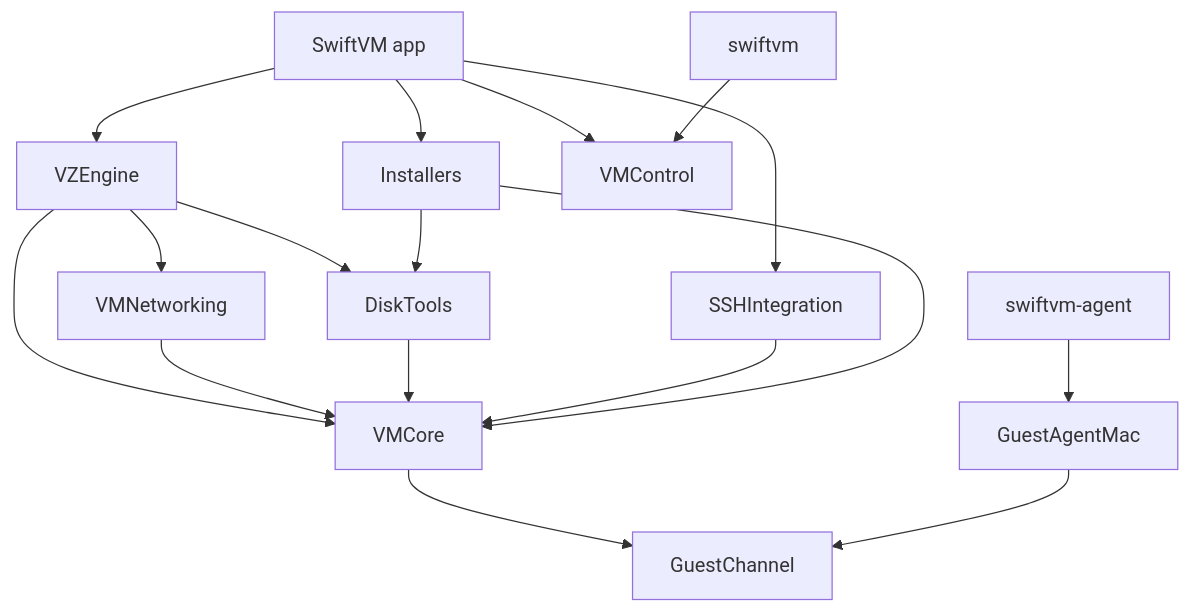
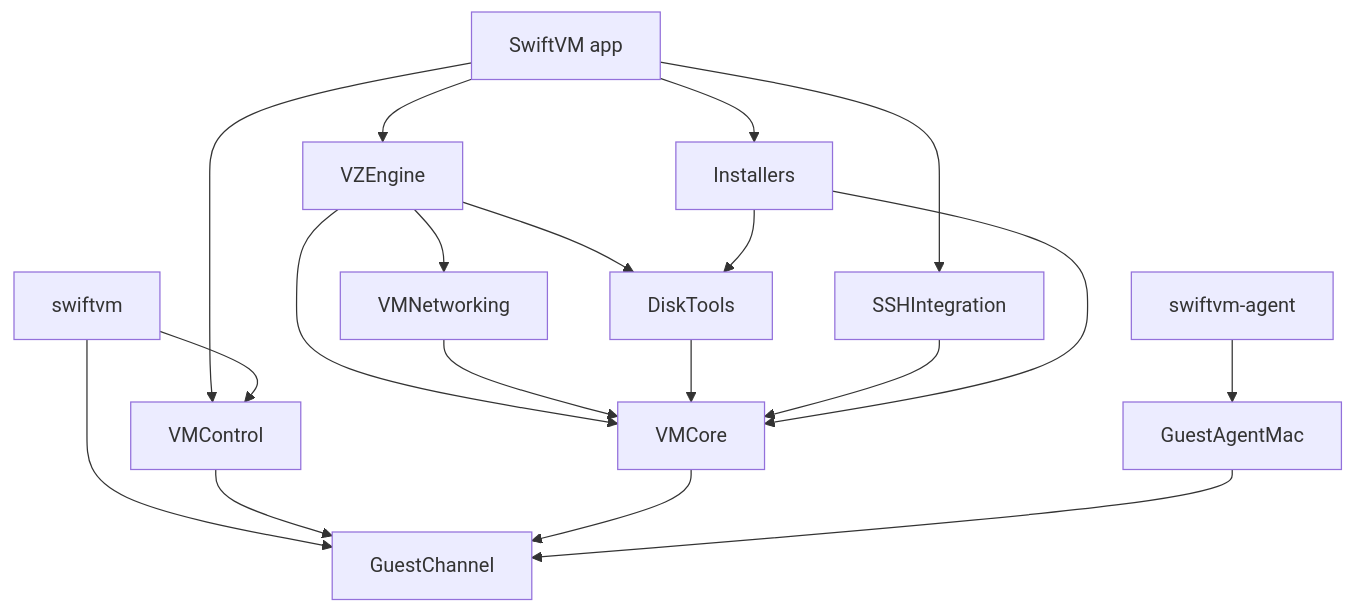
The first of 4 diagrams in docs/tech/architecture.md (swiftvm-app/swiftvm), drawn with Mermaid before and after one commit. The commit also changed other lines of this file and 53 other files, not shown here.

````diff
--- a/docs/tech/architecture.md
+++ b/docs/tech/architecture.md
@@ -19,19 +22,21 @@
 ```mermaid
 flowchart TB
     APP["SwiftVM app"] --> VZ["VZEngine"]
     APP --> INSTALLERS["Installers"]
     APP --> SSH["SSHIntegration"]
     APP --> CONTROL["VMControl"]
     CLI["swiftvm"] --> CONTROL
+    CLI --> CHANNEL
+    CONTROL --> CHANNEL
     VZ --> NETWORKING["VMNetworking"]
     VZ --> DISK["DiskTools"]
     INSTALLERS --> DISK
     VZ --> CORE["VMCore"]
     NETWORKING --> CORE
     DISK --> CORE
     SSH --> CORE
     INSTALLERS --> CORE
     CORE --> CHANNEL["GuestChannel"]
     AGENT["swiftvm-agent"] --> AGENTMAC["GuestAgentMac"]
     AGENTMAC --> CHANNEL
 ```
````
